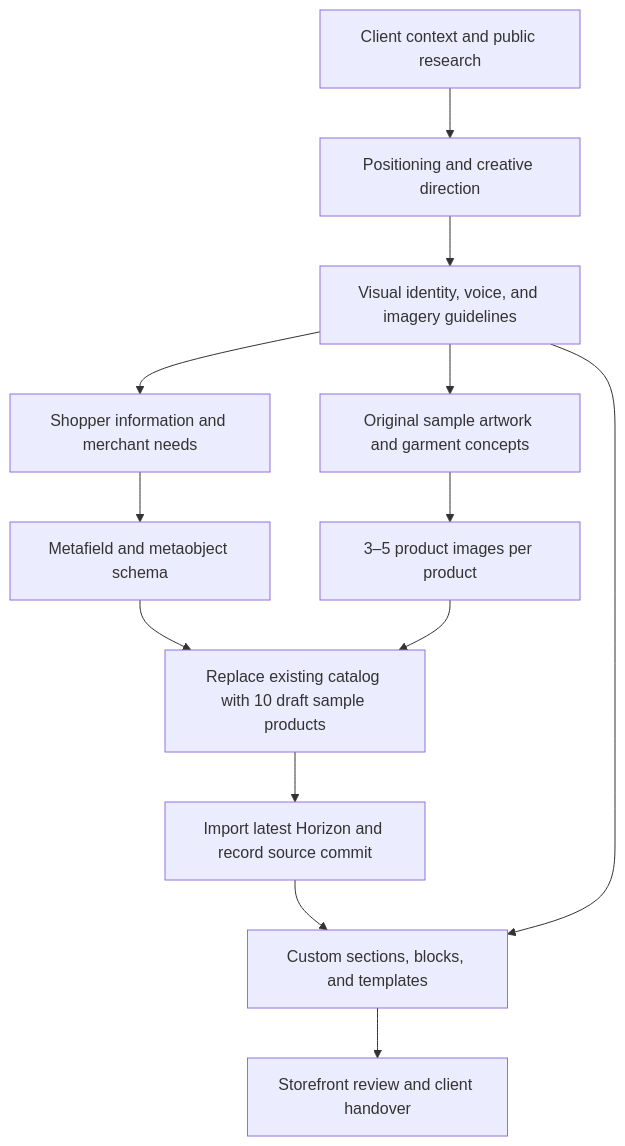
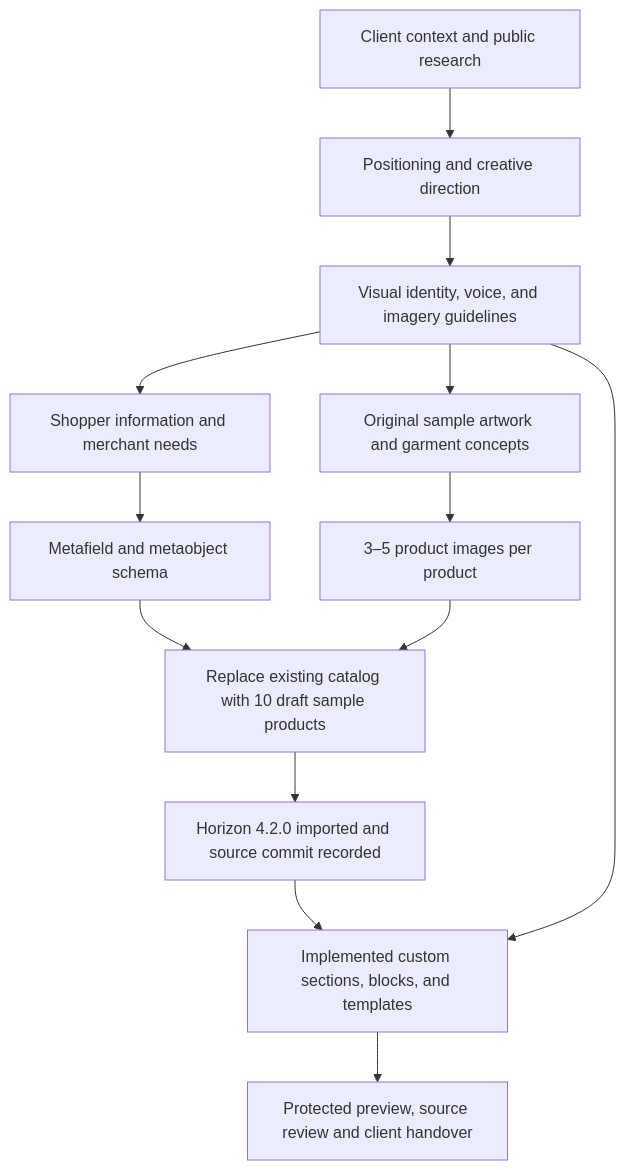
One commit to juppy-dev/tcpfbasics changed the diagram in docs/diagrams/project-phases.md. Above: the diagram before and after it, drawn with Mermaid. The commit also changed other lines of this file and 7 other files, not shown here.

````diff
--- a/docs/diagrams/project-phases.md
+++ b/docs/diagrams/project-phases.md
@@ -5,15 +5,15 @@
 ```mermaid
 flowchart TD
     A[Client context and public research] --> B[Positioning and creative direction]
     B --> C[Visual identity, voice, and imagery guidelines]
     C --> D[Shopper information and merchant needs]
     D --> E[Metafield and metaobject schema]
     E --> F[Replace existing catalog with 10 draft sample products]
     C --> G[Original sample artwork and garment concepts]
     G --> H[3–5 product images per product]
     H --> F
-    F --> I[Import latest Horizon and record source commit]
-    I --> J[Custom sections, blocks, and templates]
+    F --> I[Horizon 4.2.0 imported and source commit recorded]
+    I --> J[Implemented custom sections, blocks, and templates]
     C --> J
-    J --> K[Storefront review and client handover]
+    J --> K[Protected preview, source review and client handover]
 ```
````
